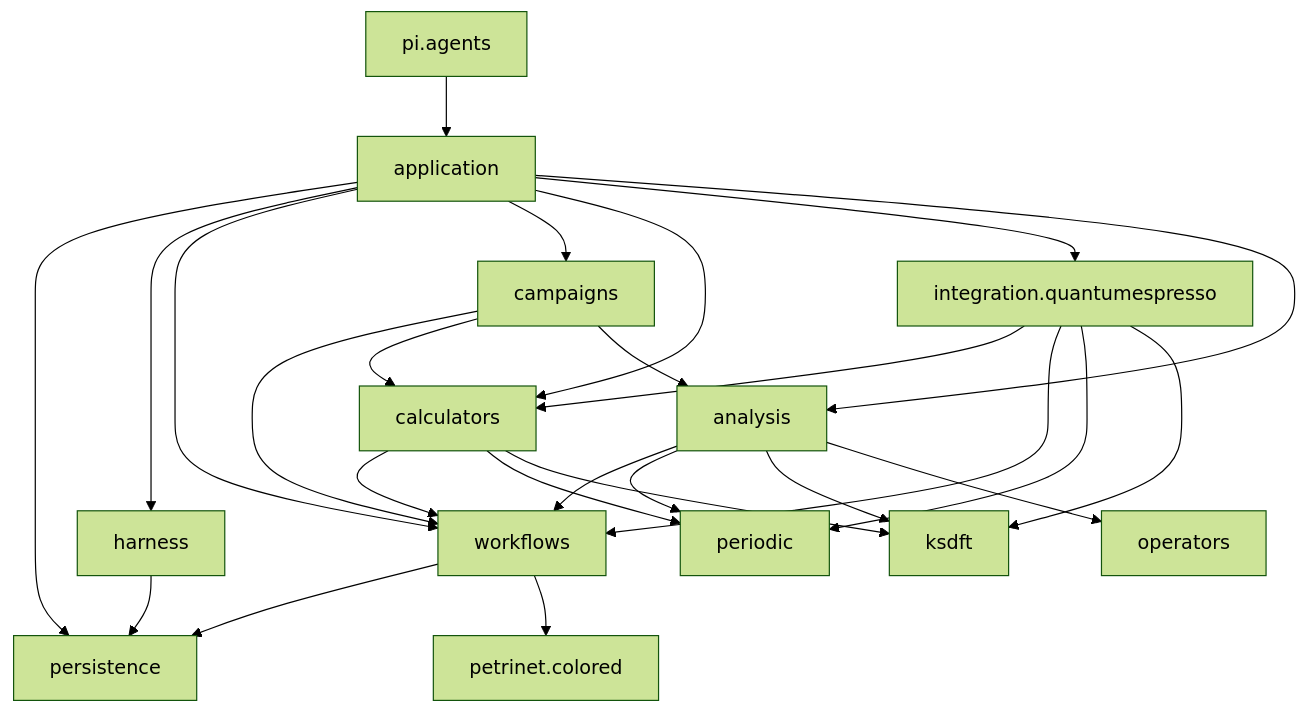
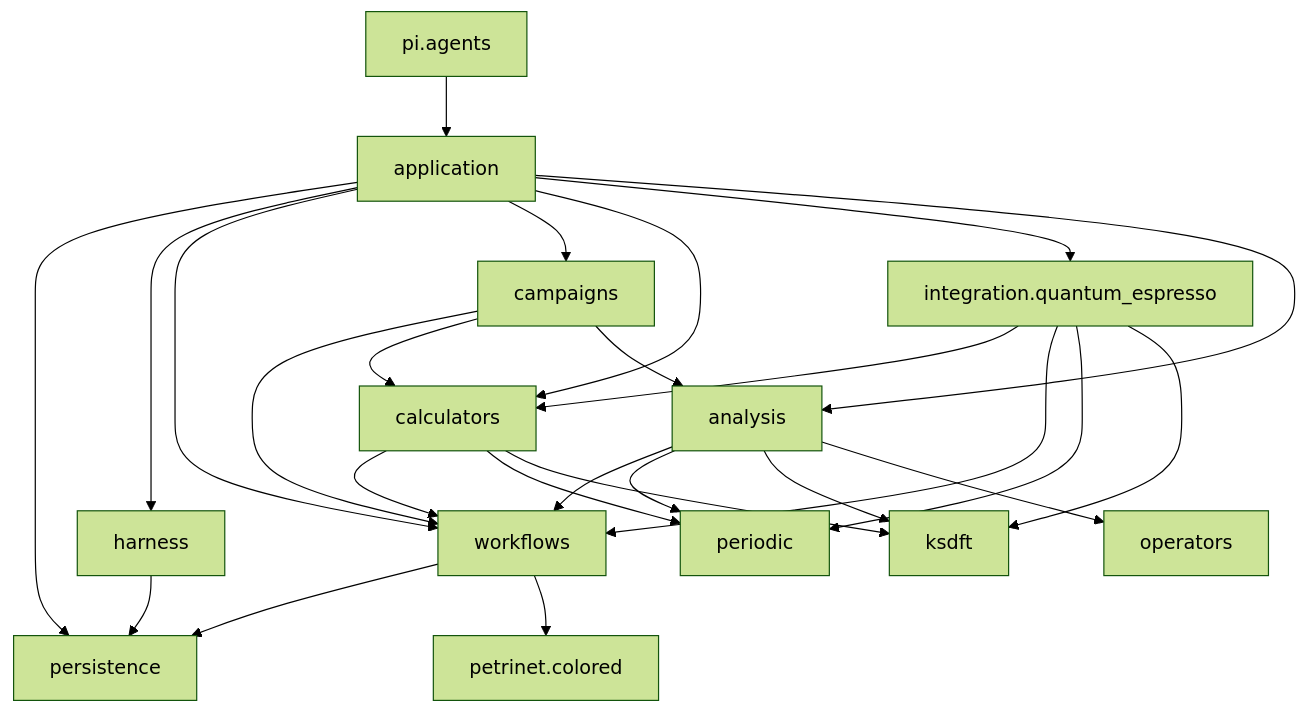
The diagram in docs/architecture/v2/ksdft2effmass/index.md (eragasa/ksdft2effmass), drawn with Mermaid (forest theme) before and after one commit. The commit also changed other lines of this file and 119 other files, not shown here.

Commit message:
Complete Quantum ESPRESSO integration boundary

````diff
--- a/docs/architecture/v2/ksdft2effmass/index.md
+++ b/docs/architecture/v2/ksdft2effmass/index.md
@@ -9,42 +9,42 @@
 ```mermaid
 flowchart TB
     app["application"]
     persistence["persistence"]
     harness["harness"]
     workflows["workflows"]
     petrinet["petrinet.colored"]
     campaigns["campaigns"]
     calculators["calculators"]
-    integration["integration.quantumespresso"]
+    integration["integration.quantum_espresso"]
     periodic["periodic"]
     ksdft["ksdft"]
     operators["operators"]
     analysis["analysis"]
     pi_agents["pi.agents"]
 
     pi_agents --> app
     app --> persistence
     app --> harness
     app --> workflows
     app --> campaigns
     app --> calculators
     app --> integration
     app --> analysis
     harness --> persistence
     workflows --> persistence
     workflows --> petrinet
     campaigns --> workflows
     campaigns --> calculators
     campaigns --> analysis
     calculators --> workflows
     calculators --> periodic
     calculators --> ksdft
     integration --> calculators
     integration --> workflows
     integration --> periodic
     integration --> ksdft
     analysis --> workflows
     analysis --> periodic
     analysis --> ksdft
     analysis --> operators
 ```
````
